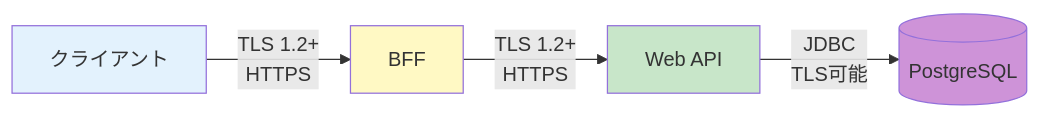
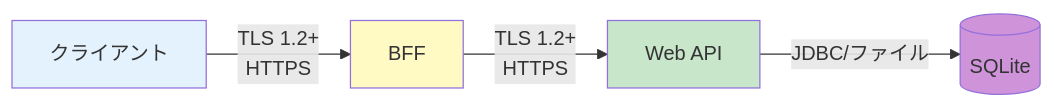
Before and after one commit to Takas0522/ws-demo-mobile-app: the fourth of 5 diagrams in docs/architecture/05-security-architecture.md, drawn with Mermaid. The commit also changed other lines of this file and 42 other files, not shown here.

First line of the commit message:
docs: update all PostgreSQL references to SQLite

````diff
--- a/docs/architecture/05-security-architecture.md
+++ b/docs/architecture/05-security-architecture.md
@@ -304,11 +304,11 @@
 ```mermaid
 graph LR
     Client[クライアント] -->|TLS 1.2+<br/>HTTPS| BFF[BFF]
     BFF -->|TLS 1.2+<br/>HTTPS| WebAPI[Web API]
-    WebAPI -->|JDBC<br/>TLS可能| DB[(PostgreSQL)]
+    WebAPI -->|JDBC/ファイル| DB[(SQLite)]
     
     style Client fill:#e3f2fd
     style BFF fill:#fff9c4
     style WebAPI fill:#c8e6c9
     style DB fill:#ce93d8
 ```
````
